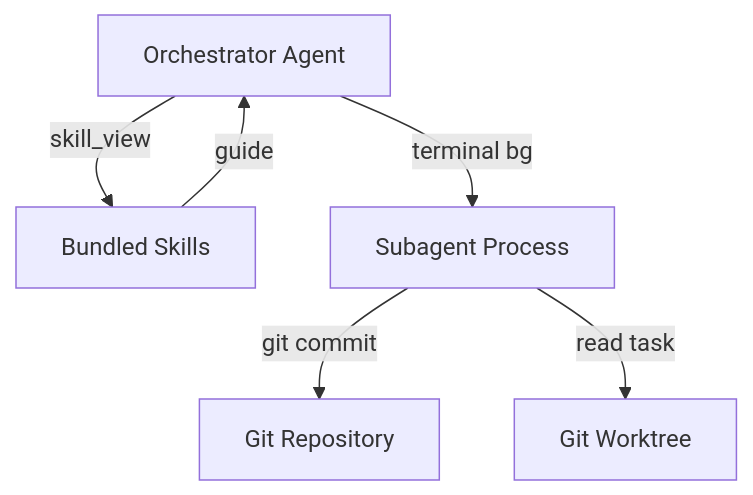
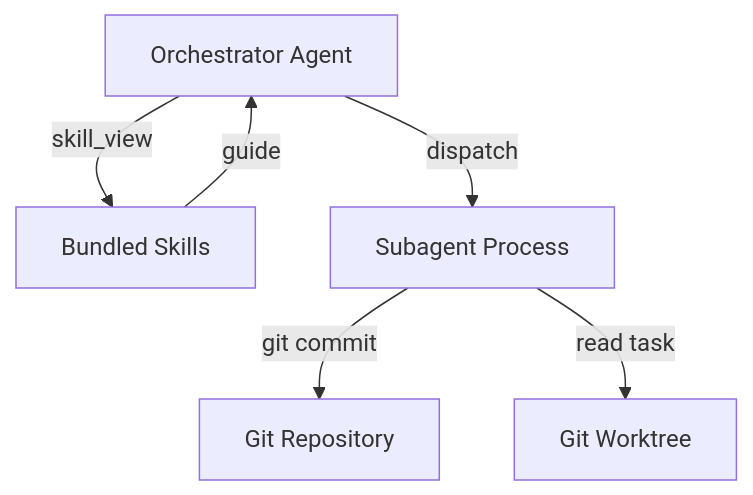
The first of 2 diagrams in docs/architecture.md (Uniterra-Solutions/jovaltus), drawn with Mermaid before and after one commit. The commit also changed other lines of this file and 1 other file, not shown here.

First line of the commit message:
docs: describe intent-based subagent dispatch in README and architecture

````diff
--- a/docs/architecture.md
+++ b/docs/architecture.md
@@ -9,8 +9,8 @@
 ```mermaid
 graph TD
     Orchestrator[Orchestrator Agent] -->|skill_view| Skills[Bundled Skills]
-    Orchestrator -->|terminal bg| Subagent[Subagent Process]
+    Orchestrator -->|dispatch| Subagent[Subagent Process]
     Subagent -->|git commit| Repo[Git Repository]
     Skills -->|guide| Orchestrator
     Subagent -->|read task| Worktree[Git Worktree]
 ```
````
